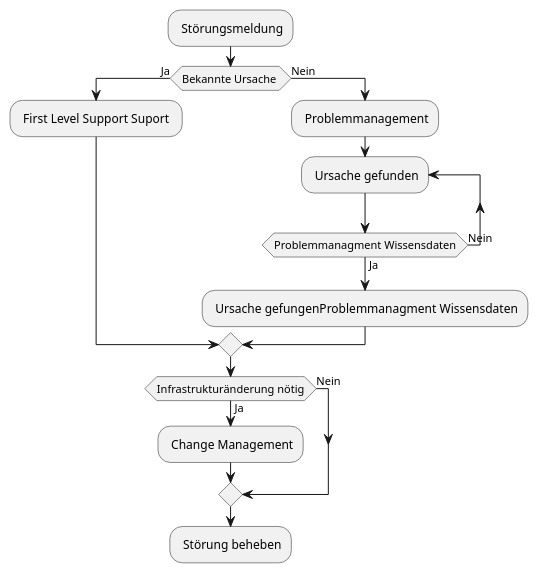
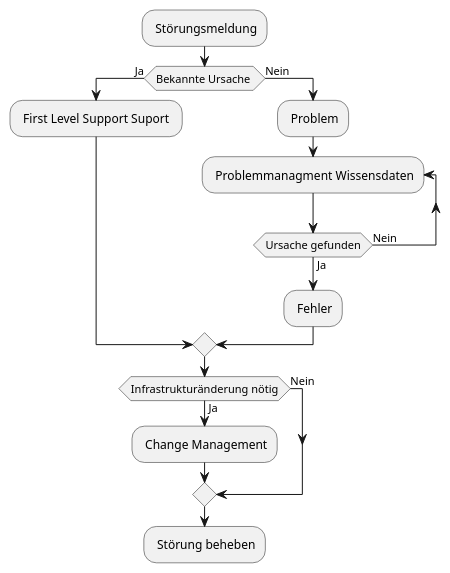
The diagram in Service_Rule/aufgabe3.puml (Martin1088/Plantuml-With-Screenreader), drawn with PlantUML before and after one commit. The commit also changed 2 other files, not shown here.

```diff
--- a/Service_Rule/aufgabe3.puml
+++ b/Service_Rule/aufgabe3.puml
@@ -1,16 +1,16 @@
 @startuml "Zusammenhänge zwischen Störung, Problem und Fehler beim Service Support"
 : Störungsmeldung;
 if (Bekannte Ursache ) then (Ja)
 : First Level Support Suport ;
 else (Nein)
-: Problemmanagement;
-repeat : Ursache gefunden;
-repeat while(Problemmanagment Wissensdaten) is (Nein) not (Ja)
-: Ursache gefungenProblemmanagment Wissensdaten;
+: Problem;
+repeat : Problemmanagment Wissensdaten;
+repeat while(Ursache gefunden) is (Nein) not (Ja)
+: Fehler;
 endif
 if (Infrastrukturänderung nötig) then (Ja)
 : Change Management;
 else (Nein)
 endif
 : Störung beheben;
 @enduml
```
